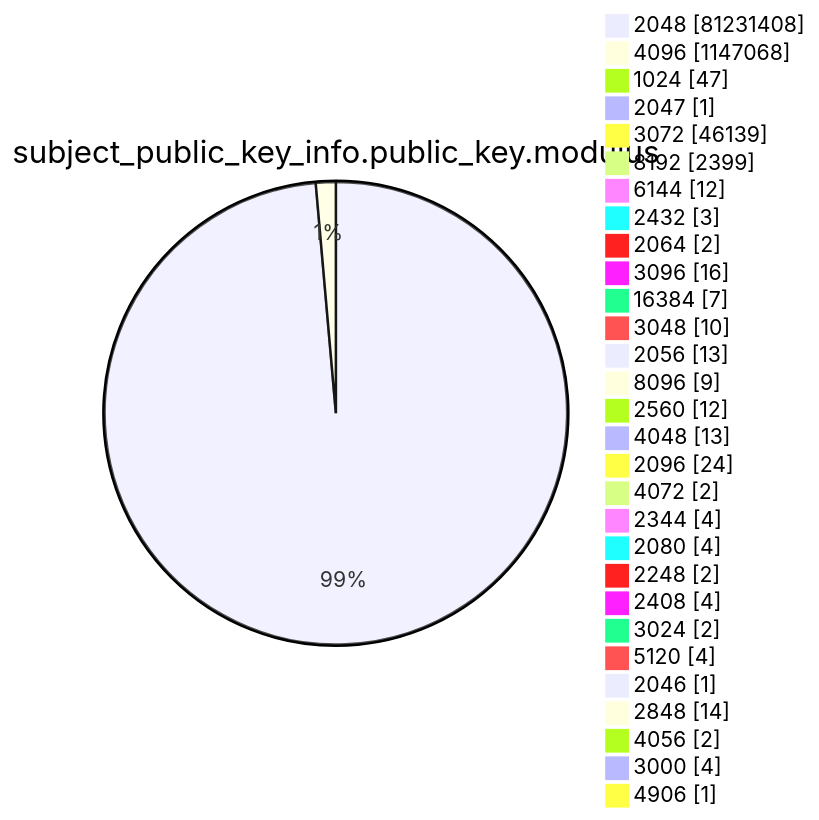
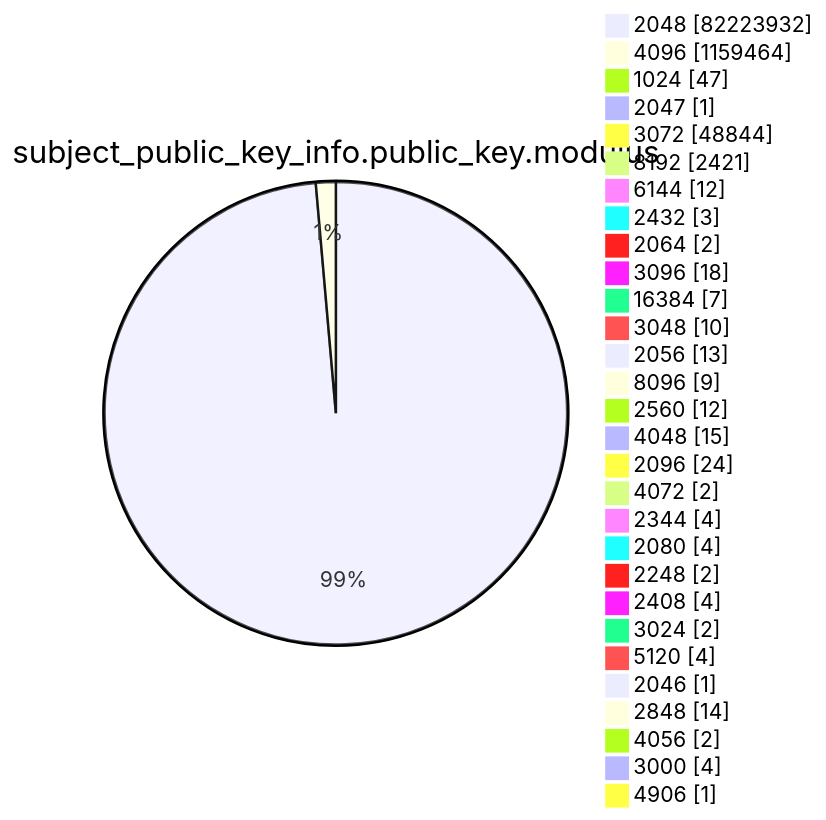
Before and after one commit to christiankrug/ctmonitor_visualization: diagram 13 of 15 in xenon2023/README.md, drawn with Mermaid. The commit also changed other lines of this file, not shown here.

````diff
--- a/xenon2023/README.md
+++ b/xenon2023/README.md
@@ -2716,33 +2720,33 @@
 ```mermaid
 pie showData
 title subject_public_key_info.public_key.modulus
-"2048" :81231408
-"4096" :1147068
+"2048" :82223932
+"4096" :1159464
 "1024" :47
 "2047" :1
-"3072" :46139
-"8192" :2399
+"3072" :48844
+"8192" :2421
 "6144" :12
 "2432" :3
 "2064" :2
-"3096" :16
+"3096" :18
 "16384" :7
 "3048" :10
 "2056" :13
 "8096" :9
 "2560" :12
-"4048" :13
+"4048" :15
 "2096" :24
 "4072" :2
 "2344" :4
 "2080" :4
 "2248" :2
 "2408" :4
 "3024" :2
 "5120" :4
 "2046" :1
 "2848" :14
 "4056" :2
 "3000" :4
 "4906" :1
 ```
````
